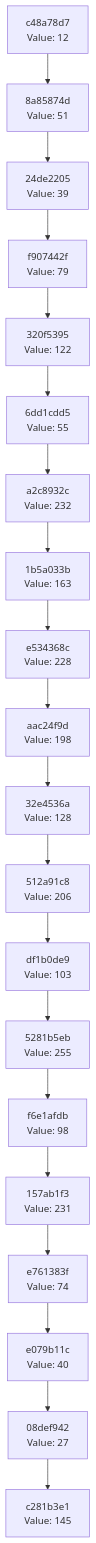
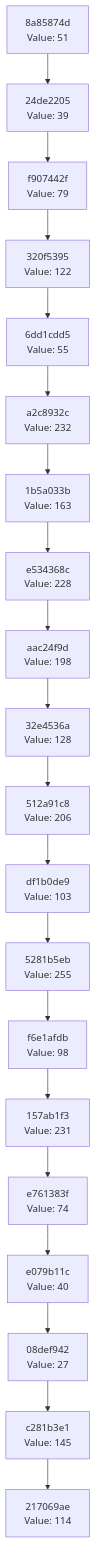
The diagram in docs/CHAIN_VISUALIZATION.md (Abhisheksinha1506/hash-chain-evolver), drawn with Mermaid before and after one commit. The commit also changed 3 other files, not shown here.

````diff
--- a/docs/CHAIN_VISUALIZATION.md
+++ b/docs/CHAIN_VISUALIZATION.md
@@ -3,42 +3,42 @@
 ```mermaid
 graph TD
-    C0["c281b3e1<br/>Value: 145"]
-    C1["08def942<br/>Value: 27"]
+    C0["217069ae<br/>Value: 114"]
+    C1["c281b3e1<br/>Value: 145"]
     C1 --> C0
-    C2["e079b11c<br/>Value: 40"]
+    C2["08def942<br/>Value: 27"]
     C2 --> C1
-    C3["e761383f<br/>Value: 74"]
+    C3["e079b11c<br/>Value: 40"]
     C3 --> C2
-    C4["157ab1f3<br/>Value: 231"]
+    C4["e761383f<br/>Value: 74"]
     C4 --> C3
-    C5["f6e1afdb<br/>Value: 98"]
+    C5["157ab1f3<br/>Value: 231"]
     C5 --> C4
-    C6["5281b5eb<br/>Value: 255"]
+    C6["f6e1afdb<br/>Value: 98"]
     C6 --> C5
-    C7["df1b0de9<br/>Value: 103"]
+    C7["5281b5eb<br/>Value: 255"]
     C7 --> C6
-    C8["512a91c8<br/>Value: 206"]
+    C8["df1b0de9<br/>Value: 103"]
     C8 --> C7
-    C9["32e4536a<br/>Value: 128"]
+    C9["512a91c8<br/>Value: 206"]
     C9 --> C8
-    C10["aac24f9d<br/>Value: 198"]
+    C10["32e4536a<br/>Value: 128"]
     C10 --> C9
-    C11["e534368c<br/>Value: 228"]
+    C11["aac24f9d<br/>Value: 198"]
     C11 --> C10
-    C12["1b5a033b<br/>Value: 163"]
+    C12["e534368c<br/>Value: 228"]
     C12 --> C11
-    C13["a2c8932c<br/>Value: 232"]
+    C13["1b5a033b<br/>Value: 163"]
     C13 --> C12
-    C14["6dd1cdd5<br/>Value: 55"]
+    C14["a2c8932c<br/>Value: 232"]
     C14 --> C13
-    C15["320f5395<br/>Value: 122"]
+    C15["6dd1cdd5<br/>Value: 55"]
     C15 --> C14
-    C16["f907442f<br/>Value: 79"]
+    C16["320f5395<br/>Value: 122"]
     C16 --> C15
-    C17["24de2205<br/>Value: 39"]
+    C17["f907442f<br/>Value: 79"]
     C17 --> C16
-    C18["8a85874d<br/>Value: 51"]
+    C18["24de2205<br/>Value: 39"]
     C18 --> C17
-    C19["c48a78d7<br/>Value: 12"]
+    C19["8a85874d<br/>Value: 51"]
     C19 --> C18
 ```
````
